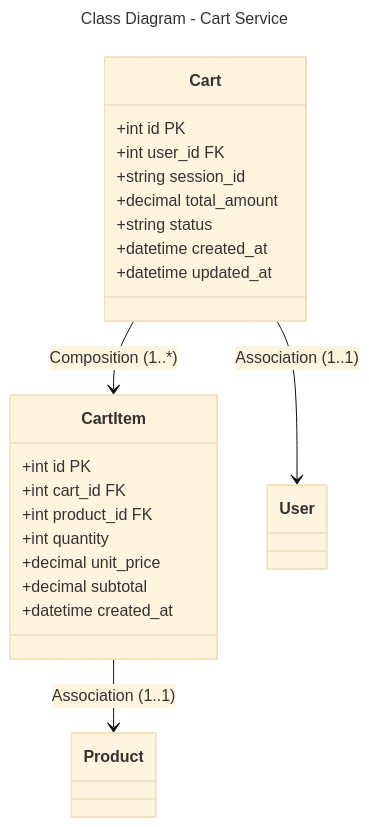
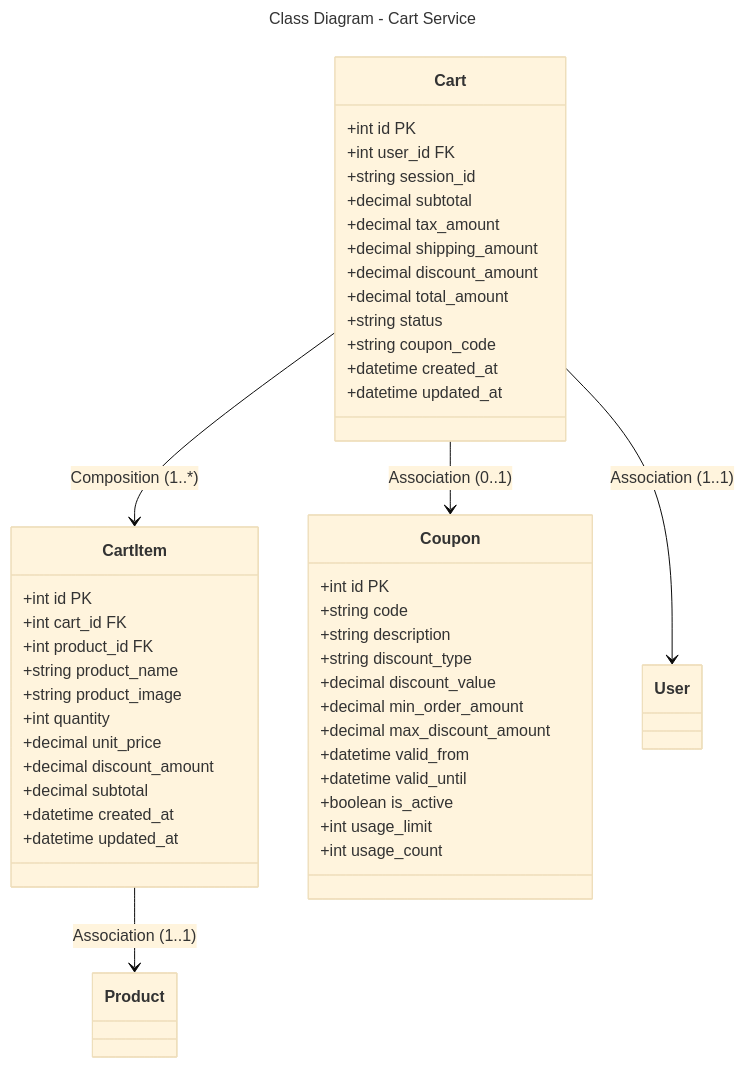
The diagram in docs/diagrams/class/cart-service.md (Trannaaanhh/ecom), drawn with Mermaid (base theme) before and after one commit. The commit also changed other lines of this file and 10 other files, not shown here.

Commit message:
update diagrams

````diff
--- a/docs/diagrams/class/cart-service.md
+++ b/docs/diagrams/class/cart-service.md
@@ -1,29 +1,54 @@
 ```mermaid
 ---
 title: Class Diagram - Cart Service
 ---
 classDiagram
     class Cart {
         +int id PK
         +int user_id FK
         +string session_id
+        +decimal subtotal
+        +decimal tax_amount
+        +decimal shipping_amount
+        +decimal discount_amount
         +decimal total_amount
         +string status
+        +string coupon_code
         +datetime created_at
         +datetime updated_at
     }
     
     class CartItem {
         +int id PK
         +int cart_id FK
         +int product_id FK
+        +string product_name
+        +string product_image
         +int quantity
         +decimal unit_price
+        +decimal discount_amount
         +decimal subtotal
         +datetime created_at
+        +datetime updated_at
+    }
+    
+    class Coupon {
+        +int id PK
+        +string code
+        +string description
+        +string discount_type
+        +decimal discount_value
+        +decimal min_order_amount
+        +decimal max_discount_amount
+        +datetime valid_from
+        +datetime valid_until
+        +boolean is_active
+        +int usage_limit
+        +int usage_count
     }
     
     Cart --> CartItem : Composition (1..*)
     Cart --> User : Association (1..1)
     CartItem --> Product : Association (1..1)
+    Cart --> Coupon : Association (0..1)
 ```
````
